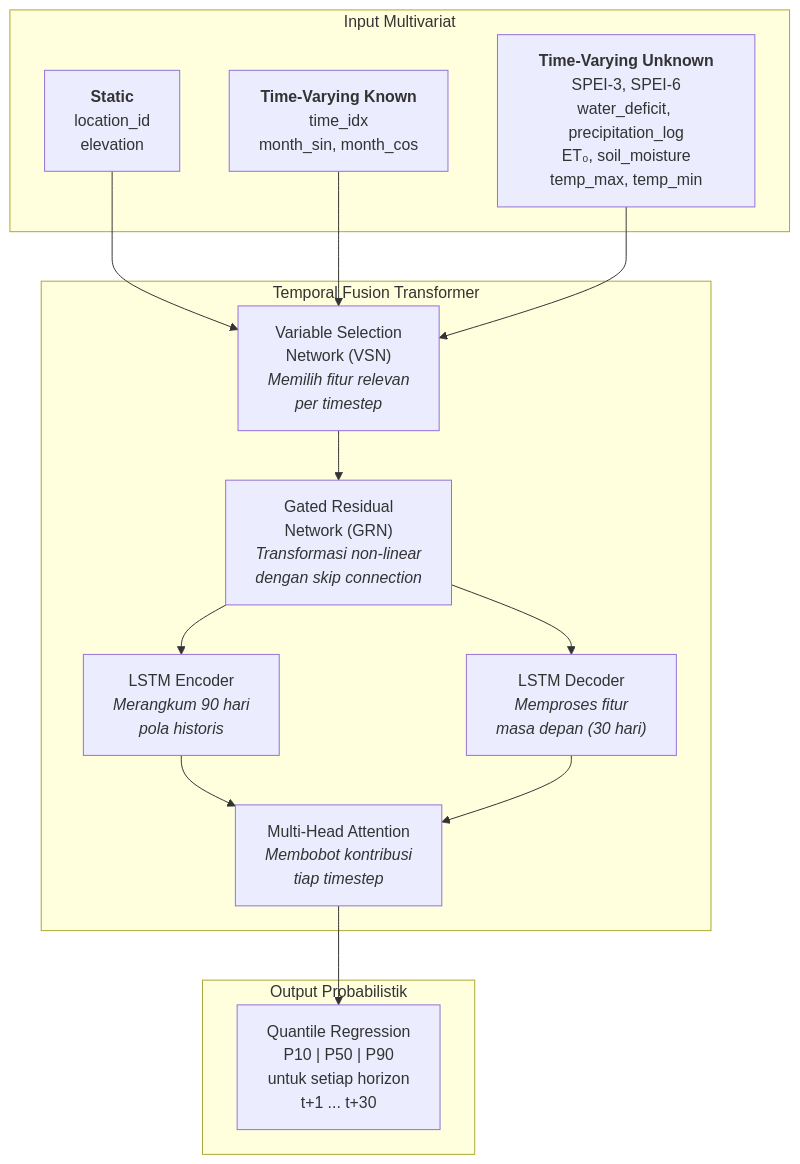
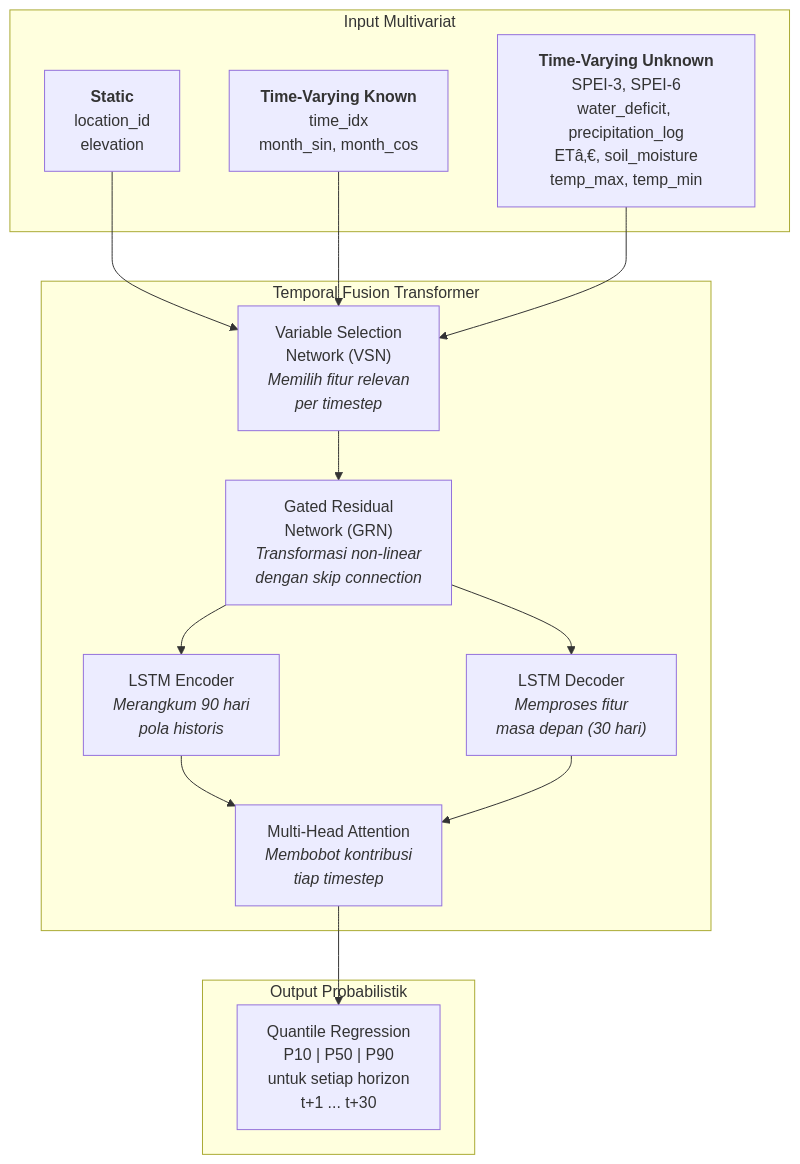
One commit to Vanszs/Skripsi_Nopal_SPEI changed the third of 6 diagrams in docs/PANDUAN_SEMINAR_PROPOSAL.md. Above: the diagram before and after it, drawn with Mermaid. The commit also changed other lines of this file and 28 other files, not shown here.

````diff
--- a/docs/PANDUAN_SEMINAR_PROPOSAL.md
+++ b/docs/PANDUAN_SEMINAR_PROPOSAL.md
@@ -176,30 +176,30 @@
 ```mermaid
 flowchart TD
     subgraph INPUT["Input Multivariat"]
         S["<b>Static</b><br/>location_id<br/>elevation"]
         K["<b>Time-Varying Known</b><br/>time_idx<br/>month_sin, month_cos"]
-        U["<b>Time-Varying Unknown</b><br/>SPEI-3, SPEI-6<br/>water_deficit, precipitation_log<br/>ET₀, soil_moisture<br/>temp_max, temp_min"]
+        U["<b>Time-Varying Unknown</b><br/>SPEI-3, SPEI-6<br/>water_deficit, precipitation_log<br/>ETâ‚€, soil_moisture<br/>temp_max, temp_min"]
     end
 
     subgraph TFT["Temporal Fusion Transformer"]
         VSN["Variable Selection<br/>Network (VSN)<br/><i>Memilih fitur relevan<br/>per timestep</i>"]
         GRN["Gated Residual<br/>Network (GRN)<br/><i>Transformasi non-linear<br/>dengan skip connection</i>"]
         ENC["LSTM Encoder<br/><i>Merangkum 90 hari<br/>pola historis</i>"]
         DEC["LSTM Decoder<br/><i>Memproses fitur<br/>masa depan (30 hari)</i>"]
         ATT["Multi-Head Attention<br/><i>Membobot kontribusi<br/>tiap timestep</i>"]
     end
 
     subgraph OUTPUT["Output Probabilistik"]
         Q["Quantile Regression<br/>P10 | P50 | P90<br/>untuk setiap horizon<br/>t+1 ... t+30"]
     end
 
     S --> VSN
     K --> VSN
     U --> VSN
     VSN --> GRN
     GRN --> ENC
     GRN --> DEC
     ENC --> ATT
     DEC --> ATT
     ATT --> Q
 ```
````
